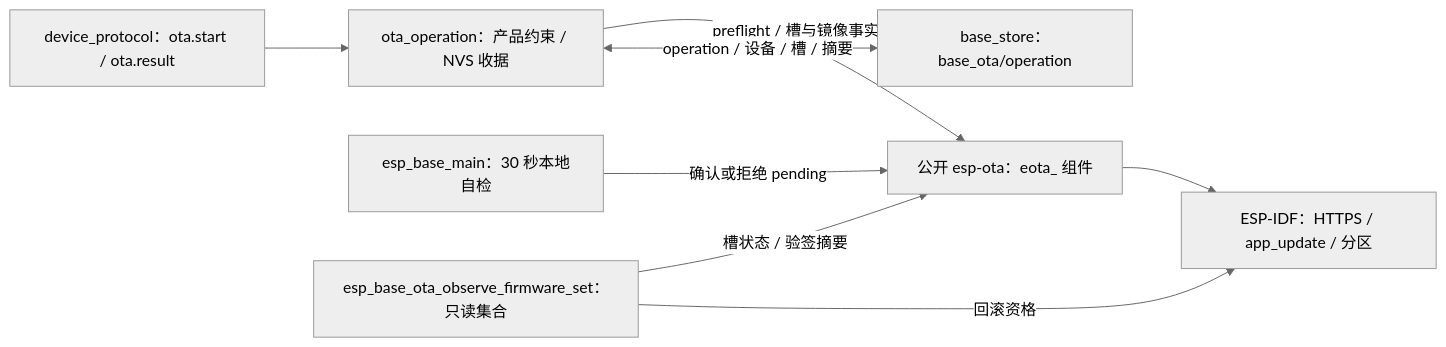
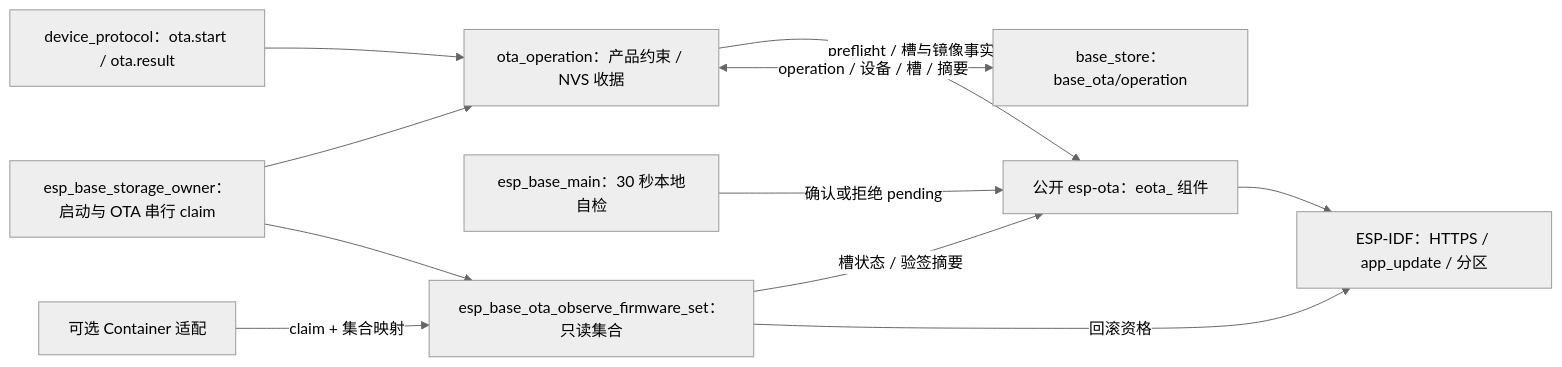
Before and after one commit to darren-you/esp-base: the diagram in firmware/components/ota_operation/README.md, drawn with Mermaid (neutral theme). The commit also changed other lines of this file and 28 other files, not shown here.

Commit message:
接入 Base 启动与 OTA 串行所有者及 Container 固件集合适配

````diff
--- a/firmware/components/ota_operation/README.md
+++ b/firmware/components/ota_operation/README.md
@@ -7,10 +7,13 @@
 ```mermaid
 flowchart LR
     protocol["device_protocol：ota.start / ota.result"] --> operation["ota_operation：产品约束 / NVS 收据"]
     operation -->|"preflight / 槽与镜像事实"| library["公开 esp-ota：eota_ 组件"]
     operation <-->|"operation / 设备 / 槽 / 摘要"| nvs["base_store：base_ota/operation"]
     library --> idf["ESP-IDF：HTTPS / app_update / 分区"]
     app["esp_base_main：30 秒本地自检"] -->|"确认或拒绝 pending"| library
     firmware_set["esp_base_ota_observe_firmware_set：只读集合"] -->|"槽状态 / 验签摘要"| library
     firmware_set -->|"回滚资格"| idf
+    owner["esp_base_storage_owner：启动与 OTA 串行 claim"] --> operation
+    owner --> firmware_set
+    binding["可选 Container 适配"] -->|"claim + 集合映射"| firmware_set
 ```
````
